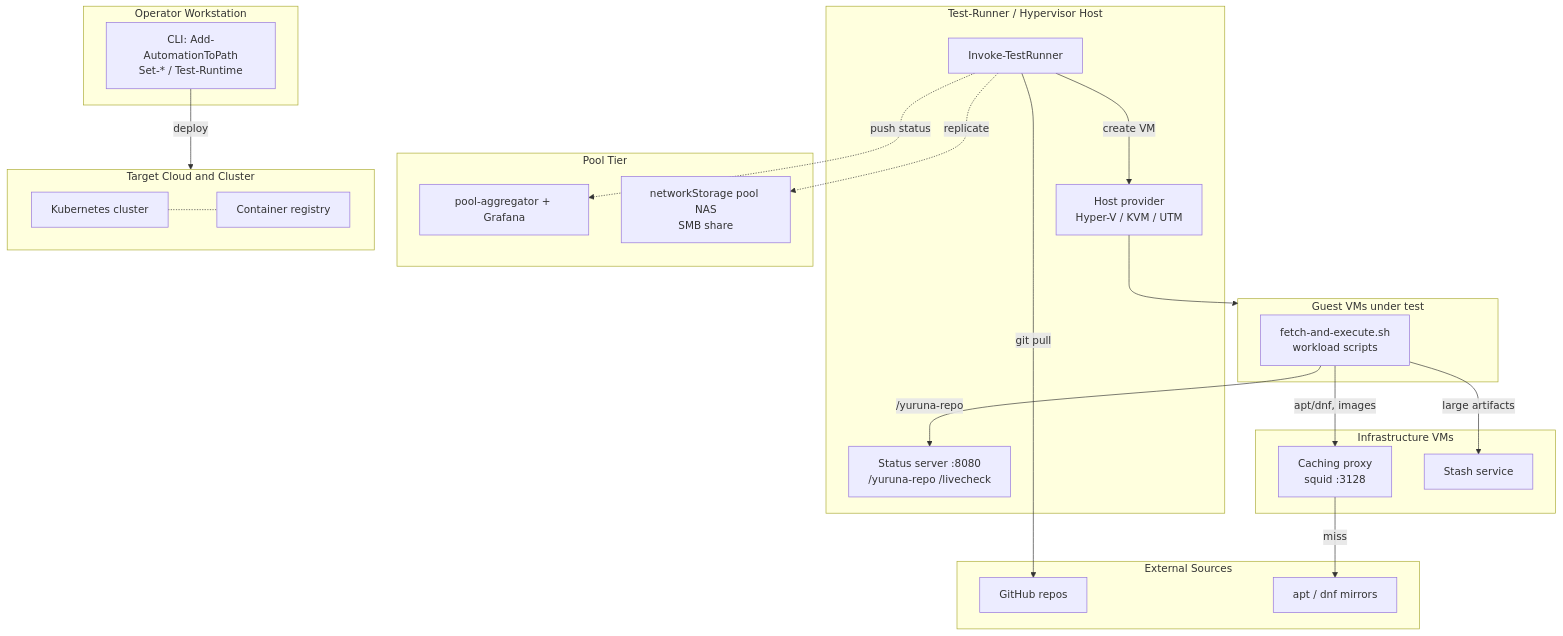
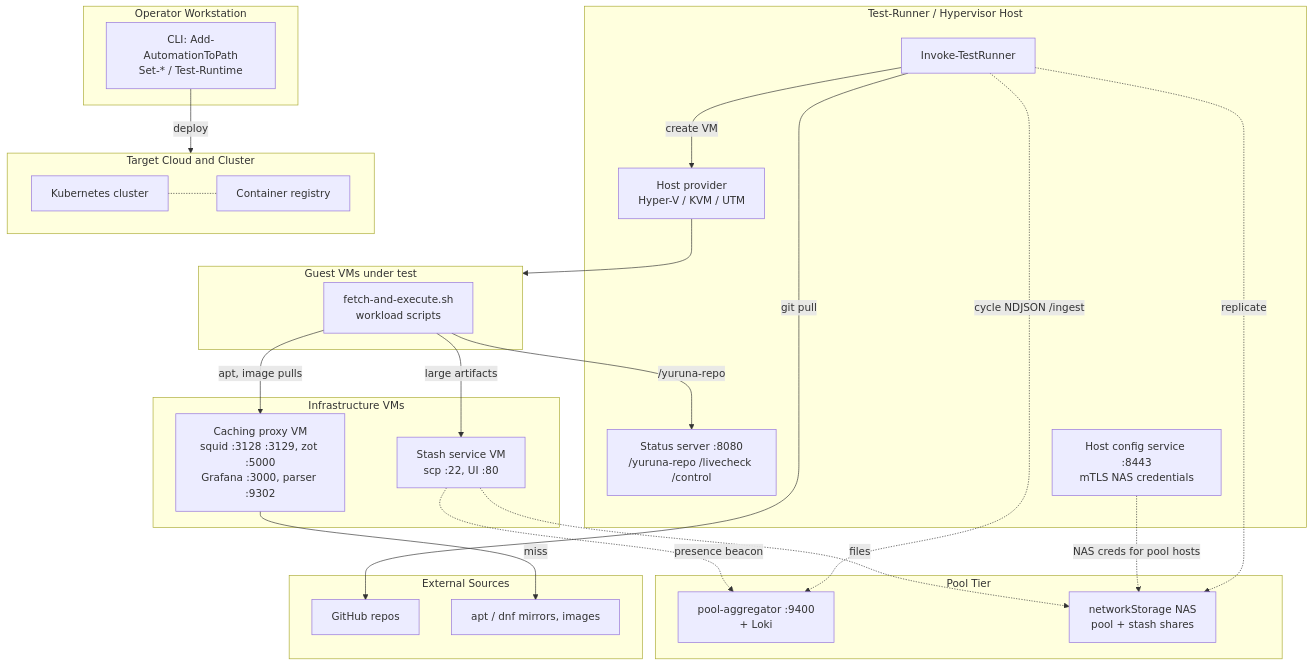
One commit to alissonsol/yuruna changed the diagram in docs/design/06-deployment.md. Above: the diagram before and after it, drawn with Mermaid. The commit also changed other lines of this file and 492 other files, not shown here.

````diff
--- a/docs/design/06-deployment.md
+++ b/docs/design/06-deployment.md
@@ -14,43 +16,47 @@
 ```mermaid
 flowchart TD
     subgraph operator[Operator Workstation]
         cli[CLI: Add-AutomationToPath<br/>Set-* / Test-Runtime]
     end
     subgraph runnerhost[Test-Runner / Hypervisor Host]
         runner[Invoke-TestRunner]
-        statussrv[Status server :8080<br/>/yuruna-repo /livecheck]
+        statussrv[Status server :8080<br/>/yuruna-repo /livecheck /control]
+        hostcfg[Host config service :8443<br/>mTLS NAS credentials]
         provider[Host provider<br/>Hyper-V / KVM / UTM]
     end
     subgraph infravm[Infrastructure VMs]
-        squid[Caching proxy<br/>squid :3128]
-        stash[Stash service]
+        squid[Caching proxy VM<br/>squid :3128 :3129, zot :5000<br/>Grafana :3000, parser :9302]
+        stash[Stash service VM<br/>scp :22, UI :80]
     end
     subgraph guestvm[Guest VMs under test]
         guest[fetch-and-execute.sh<br/>workload scripts]
     end
     subgraph pooltier[Pool Tier]
-        aggregator[pool-aggregator + Grafana]
-        nas[networkStorage pool NAS<br/>SMB share]
+        aggregator[pool-aggregator :9400<br/>+ Loki]
+        nas[networkStorage NAS<br/>pool + stash shares]
     end
     subgraph cloud[Target Cloud and Cluster]
         k8s[Kubernetes cluster]
         registry[Container registry]
     end
     subgraph external[External Sources]
         github[GitHub repos]
-        mirrors[apt / dnf mirrors]
+        mirrors[apt / dnf mirrors, images]
     end
 
     cli -->|deploy| cloud
     runner -->|create VM| provider
     provider --> guestvm
     guest -->|/yuruna-repo| statussrv
-    guest -->|apt/dnf, images| squid
+    guest -->|apt, image pulls| squid
     squid -->|miss| mirrors
     guest -->|large artifacts| stash
     runner -->|git pull| github
-    %% planned: pool tier — active only when pool.enabled / pool.networkReplicate
+    %% planned/optional: pool tier active only when pool.enabled / networkStorage set
+    stash -.->|presence beacon| aggregator
+    stash -.->|files| nas
+    hostcfg -.->|NAS creds for pool hosts| nas
+    runner -.->|cycle NDJSON /ingest| aggregator
     runner -.->|replicate| nas
-    runner -.->|push status| aggregator
     k8s -.- registry
 ```
````
